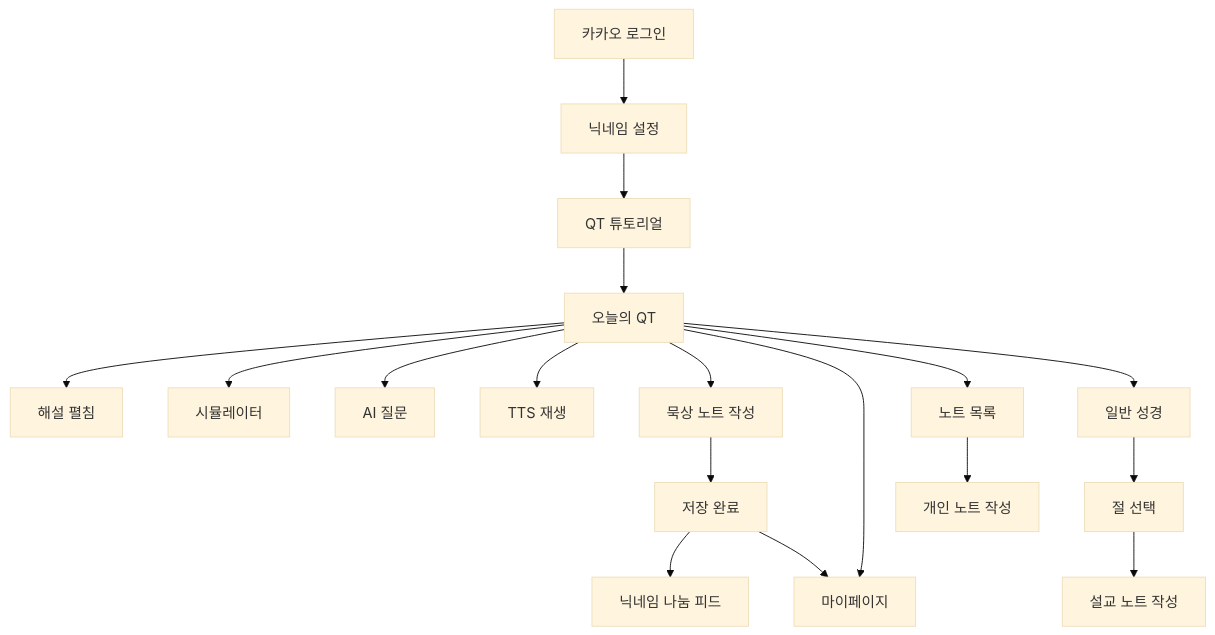
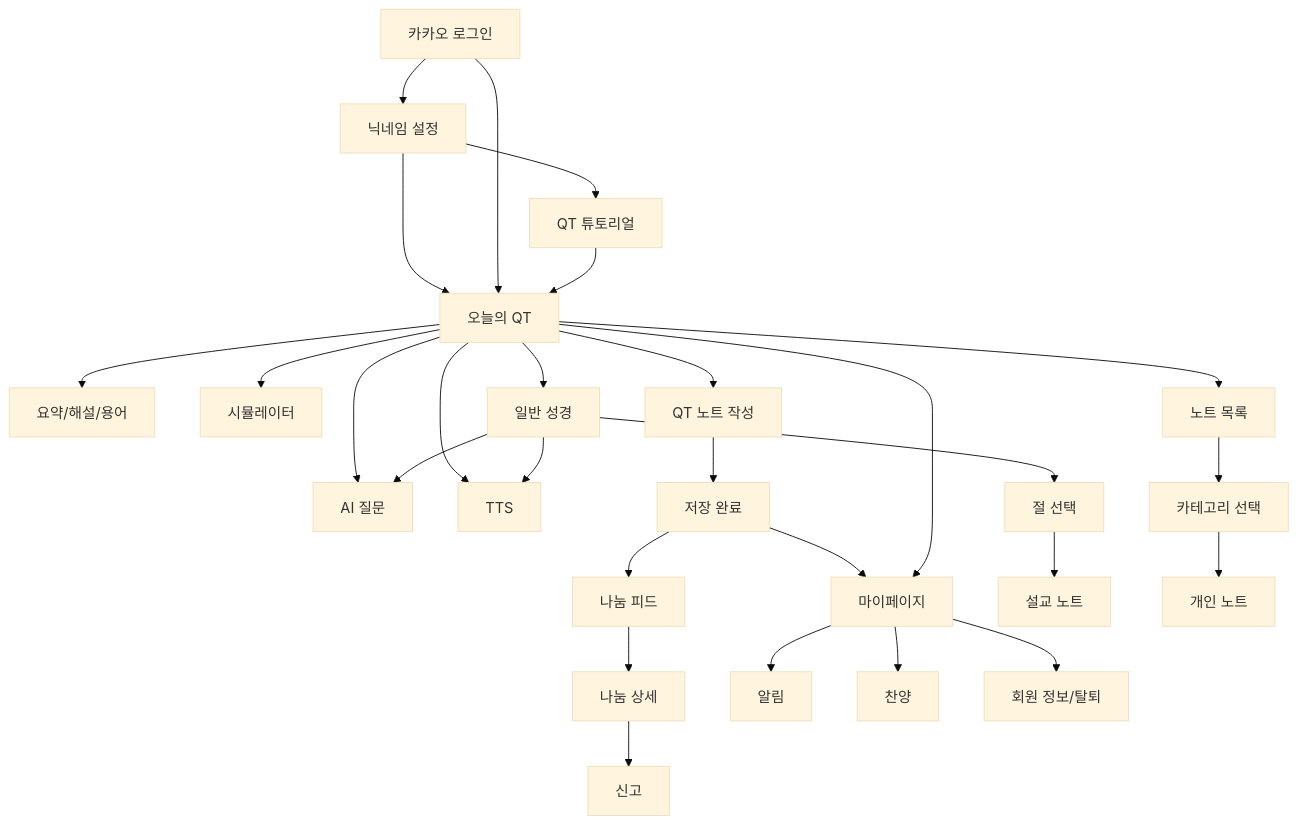
Before and after one commit to sangminka/docs: the diagram in 03_화면설계_스토리보드.md, drawn with Mermaid (base theme). The commit also changed other lines of this file and 52 other files, not shown here.

````diff
--- a/03_화면설계_스토리보드.md
+++ b/03_화면설계_스토리보드.md
@@ -720,20 +589,35 @@
 ```mermaid
 flowchart TD
     A02[카카오 로그인] --> A03[닉네임 설정]
+    A03 --> Q01[오늘의 QT]
+    A02 --> Q01
     A03 --> A04[QT 튜토리얼]
-    A04 --> Q01[오늘의 QT]
-    Q01 --> Q02[해설 펼침]
+    A04 --> Q01
+
+    Q01 --> Q02[요약/해설/용어]
+    Q01 --> Q04[AI 질문]
+    Q01 --> Q05[TTS]
     Q01 --> Q03[시뮬레이터]
-    Q01 --> Q04[AI 질문]
-    Q01 --> Q05[TTS 재생]
-    Q01 --> Q06[묵상 노트 작성]
+    Q01 --> Q06[QT 노트 작성]
     Q06 --> Q07[저장 완료]
-    Q07 --> S01[닉네임 나눔 피드]
     Q07 --> M01[마이페이지]
+    Q07 --> S01[나눔 피드]
+
     Q01 --> B01[일반 성경]
     B01 --> B02[절 선택]
-    B02 --> B03[설교 노트 작성]
+    B02 --> B03[설교 노트]
+    B01 --> Q04
+    B01 --> Q05
+
     Q01 --> N01[노트 목록]
-    N01 --> N03[개인 노트 작성]
+    N01 --> N02[카테고리 선택]
+    N02 --> N03[개인 노트]
+
+    S01 --> S02[나눔 상세]
+    S02 --> S03[신고]
+
     Q01 --> M01
+    M01 --> M02[알림]
+    M01 --> M03[찬양]
+    M01 --> M04[회원 정보/탈퇴]
 ```
````
